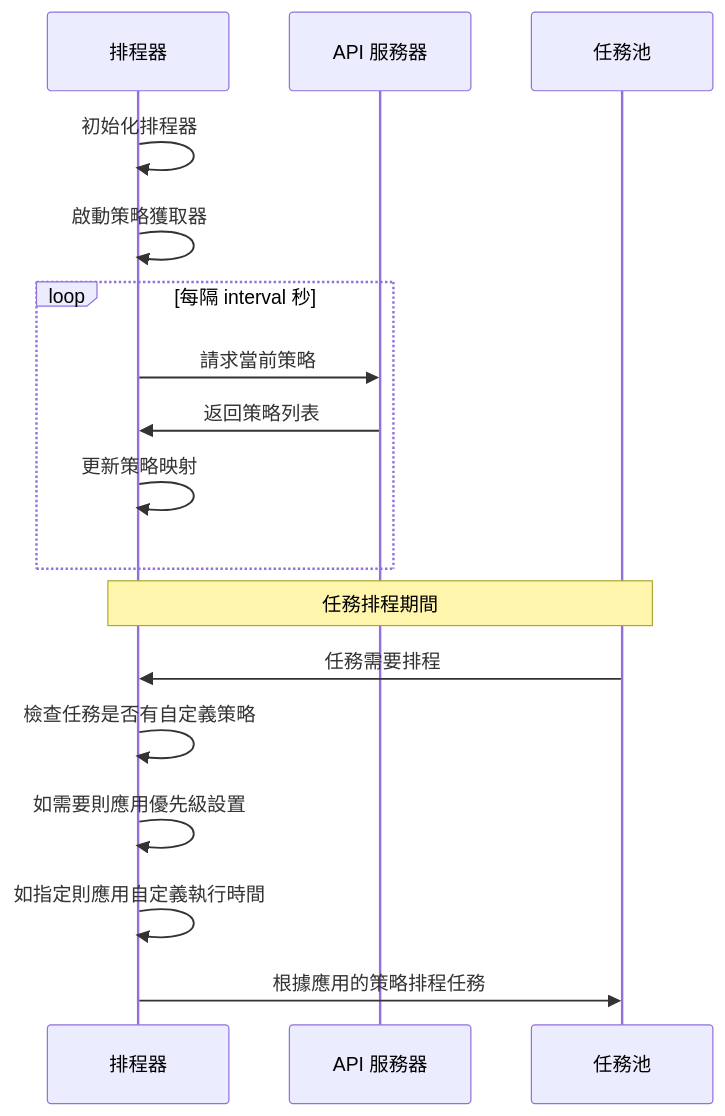
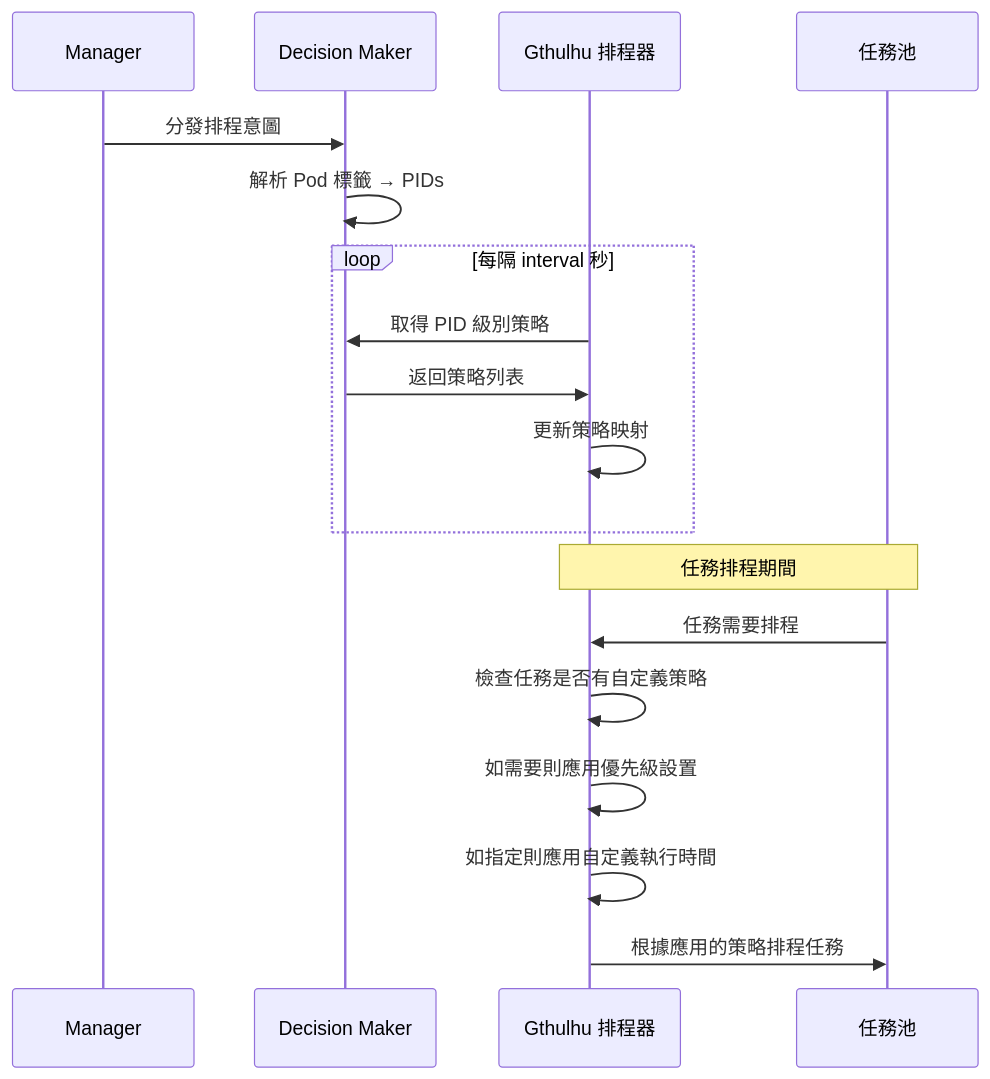
One commit to Gthulhu/docs changed the fifth of 6 diagrams in docs/how-it-works.zh.md. Above: the diagram before and after it, drawn with Mermaid. The commit also changed other lines of this file and 1 other file, not shown here.

First line of the commit message:
Update how-it-works page (EN/ZH) with current architecture

````diff
--- a/docs/how-it-works.zh.md
+++ b/docs/how-it-works.zh.md
@@ -141,22 +254,23 @@
 ```mermaid
 sequenceDiagram
-    participant S as 排程器
-    participant A as API 服務器
+    participant M as Manager
+    participant DM as Decision Maker
+    participant S as Gthulhu 排程器
     participant T as 任務池
-    
-    S->>S: 初始化排程器
-    S->>S: 啟動策略獲取器
-    
+
+    M->>DM: 分發排程意圖
+    DM->>DM: 解析 Pod 標籤 → PIDs
+
     loop 每隔 interval 秒
-        S->>A: 請求當前策略
-        A->>S: 返回策略列表
+        S->>DM: 取得 PID 級別策略
+        DM->>S: 返回策略列表
         S->>S: 更新策略映射
     end
-    
+
     Note over S,T: 任務排程期間
     T->>S: 任務需要排程
     S->>S: 檢查任務是否有自定義策略
     S->>S: 如需要則應用優先級設置
     S->>S: 如指定則應用自定義執行時間
     S->>T: 根據應用的策略排程任務
 ```
````
